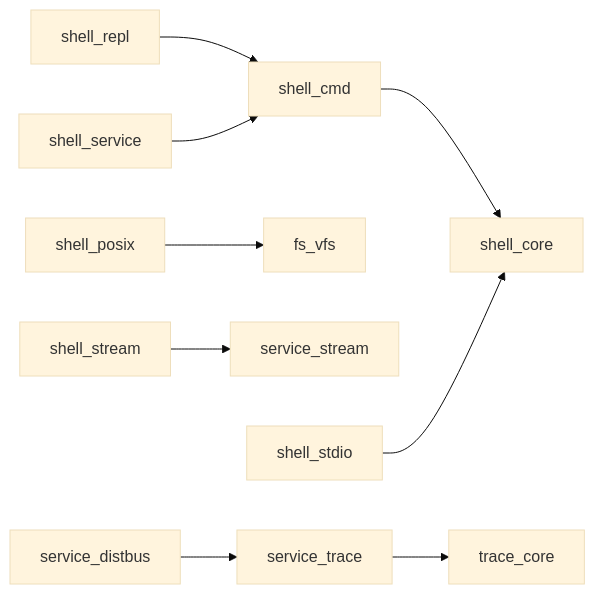
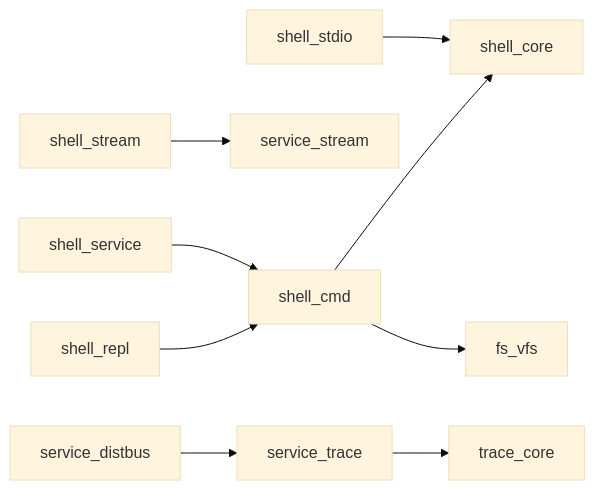
One commit to Little-Red-Cap/Charm-os changed the seventh of 8 diagrams in docs/architecture_overview.md. Above: the diagram before and after it, drawn with Mermaid (base theme). The commit also changed other lines of this file and 7 other files, not shown here.

````diff
--- a/docs/architecture_overview.md
+++ b/docs/architecture_overview.md
@@ -425,11 +415,11 @@
 ```mermaid
 graph LR
     ShellCmd[shell_cmd] --> ShellCore[shell_core]
     ShellRepl[shell_repl] --> ShellCmd
     ShellService[shell_service] --> ShellCmd
-    ShellPosix[shell_posix] --> VFS[fs_vfs]
+    ShellCmd --> VFS[fs_vfs]
     ShellStream[shell_stream] --> Stream[service_stream]
     ShellStdIO[shell_stdio] --> ShellCore
     ServiceTrace[service_trace] --> Trace[trace_core]
     DistBus[service_distbus] --> ServiceTrace
 ```
````
